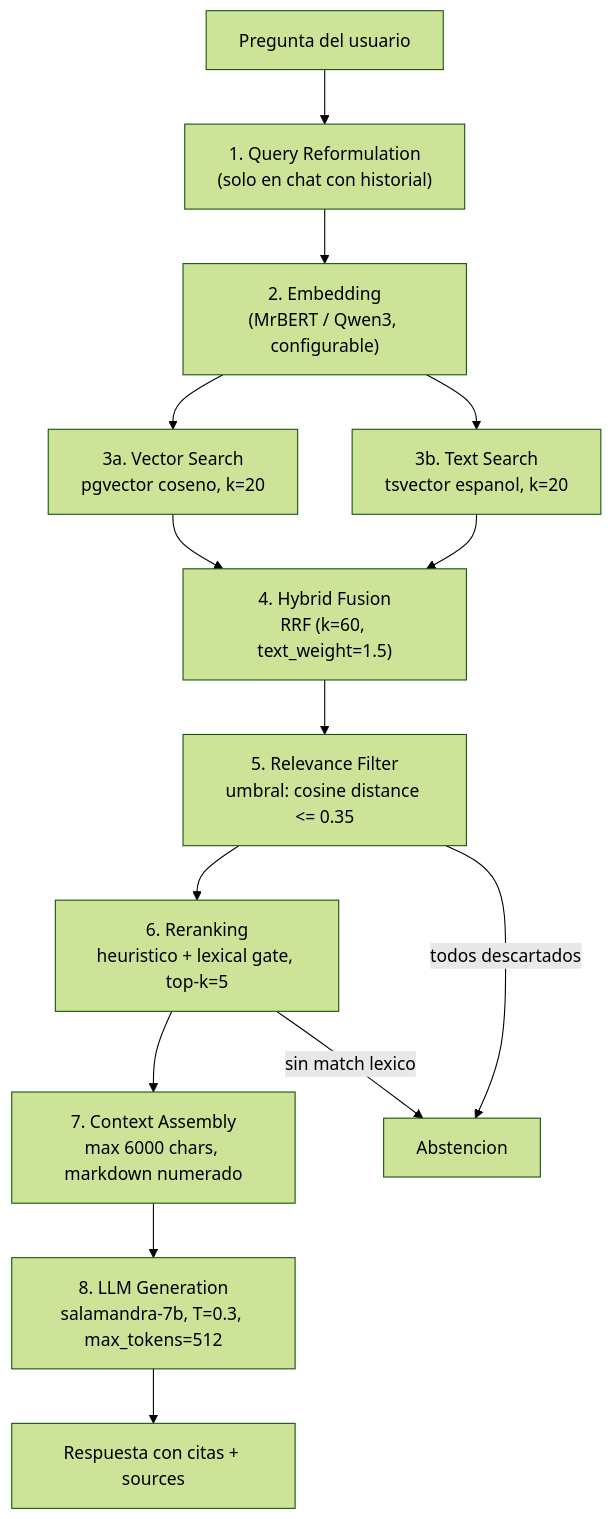
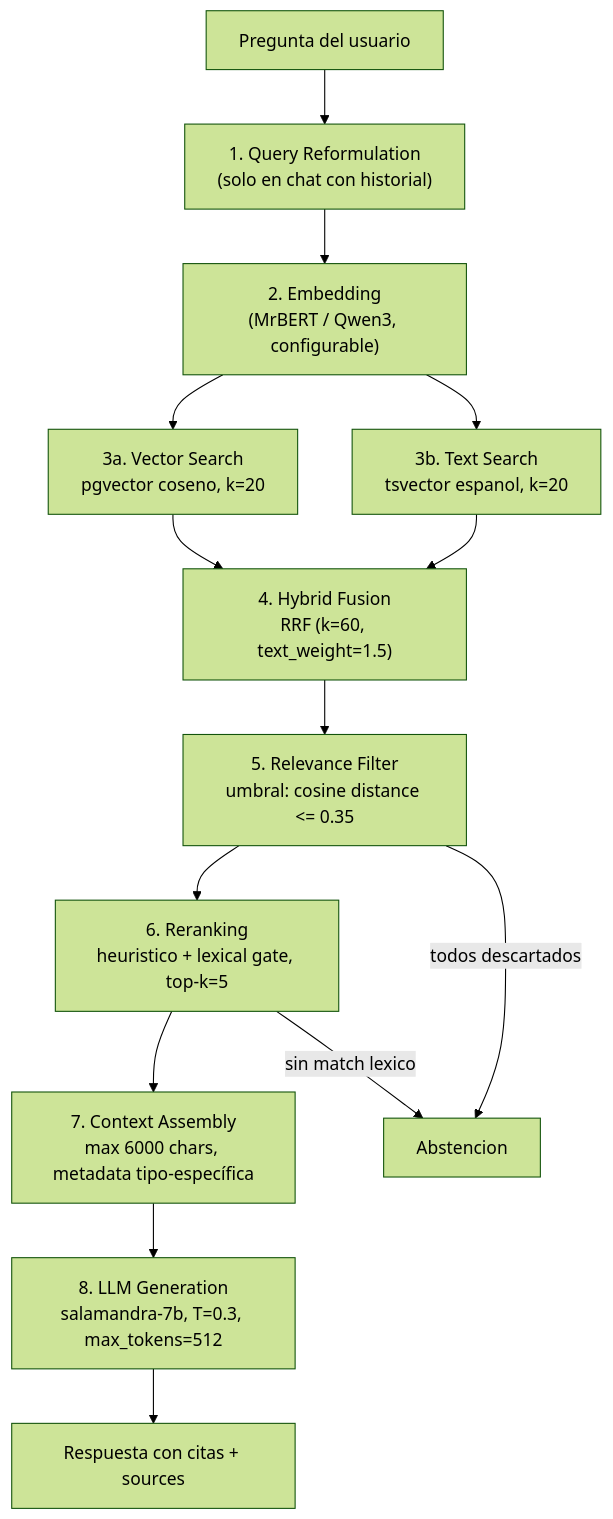
One commit to sinai-uja/ALIA-demo-patrimonio changed the diagram in backend/docs/RAG_PIPELINE.md. Above: the diagram before and after it, drawn with Mermaid (forest theme). The commit also changed other lines of this file and 1 other file, not shown here.

````diff
--- a/backend/docs/RAG_PIPELINE.md
+++ b/backend/docs/RAG_PIPELINE.md
@@ -7,16 +7,16 @@
 ```mermaid
 flowchart TD
     Q["Pregunta del usuario"] --> R1
     R1["1. Query Reformulation\n(solo en chat con historial)"] --> E
     E["2. Embedding\n(MrBERT / Qwen3, configurable)"] --> VS & TS
     VS["3a. Vector Search\npgvector coseno, k=20"] --> HF
     TS["3b. Text Search\ntsvector espanol, k=20"] --> HF
     HF["4. Hybrid Fusion\nRRF (k=60, text_weight=1.5)"] --> RF
     RF["5. Relevance Filter\numbral: cosine distance <= 0.35"] --> RK
     RK["6. Reranking\nheuristico + lexical gate, top-k=5"] --> CA
-    CA["7. Context Assembly\nmax 6000 chars, markdown numerado"] --> LLM
+    CA["7. Context Assembly\nmax 6000 chars, metadata tipo-específica"] --> LLM
     LLM["8. LLM Generation\nsalamandra-7b, T=0.3, max_tokens=512"] --> RES
     RES["Respuesta con citas + sources"]
     RF -- "todos descartados" --> ABS["Abstencion"]
     RK -- "sin match lexico" --> ABS
 ```
````
